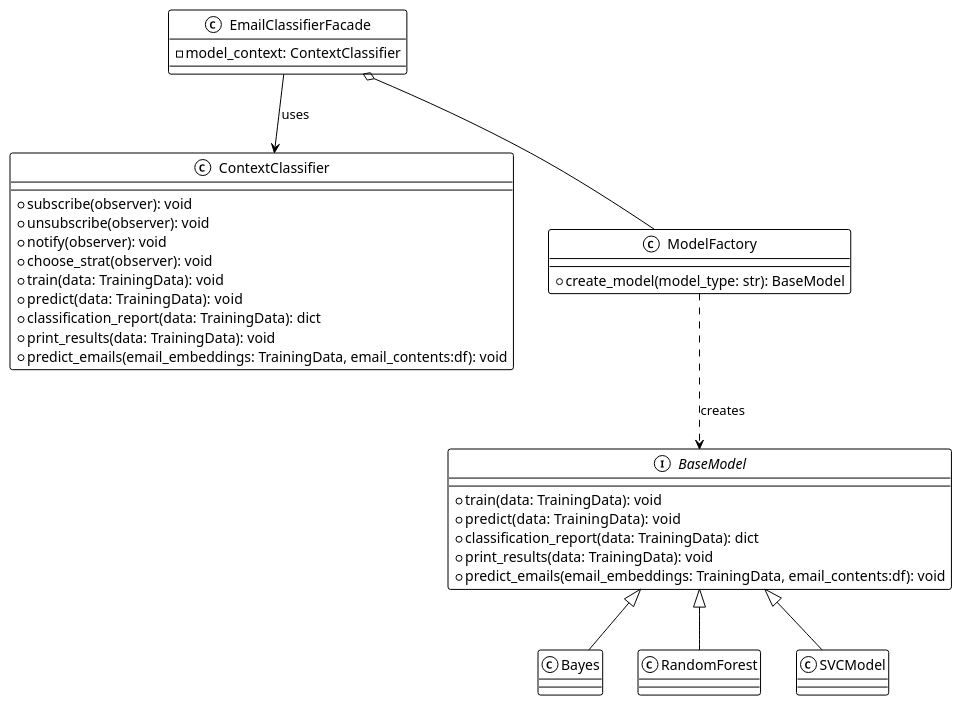
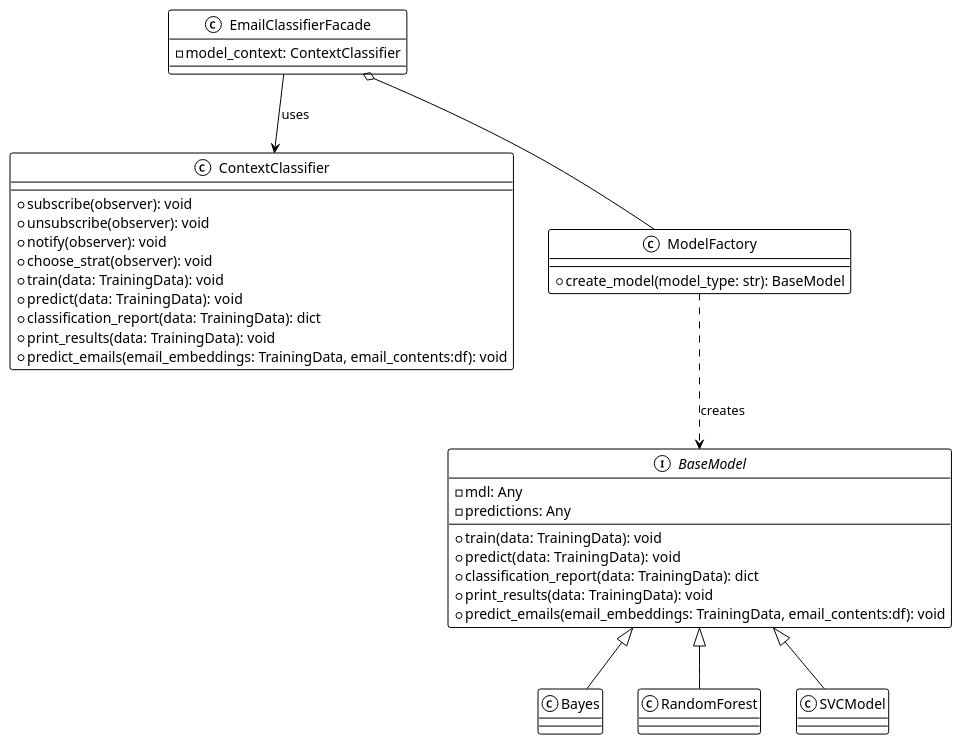
Before and after one commit to chrnas/email-classifier: the diagram in uml/factory_pattern_model.wsd, drawn with PlantUML. The commit also changed 3 other files, not shown here.

Commit message:
change UML

```diff
--- a/uml/factory_pattern_model.wsd
+++ b/uml/factory_pattern_model.wsd
@@ -1,56 +1,58 @@
 @startuml
 !theme mono
 
 class EmailClassifierFacade{
     - model_context: ContextClassifier
 }
 
 
 class ContextClassifier{
     + subscribe(observer): void
     + unsubscribe(observer): void
     + notify(observer): void
     + choose_strat(observer): void
     + train(data: TrainingData): void 
     + predict(data: TrainingData):  void 
     + classification_report(data: TrainingData): dict
     + print_results(data: TrainingData): void 
     + predict_emails(email_embeddings: TrainingData, email_contents:df): void
 
 }
 
 class ModelFactory{
     + create_model(model_type: str): BaseModel
 }
 
 class Bayes {
     
 }
 
 class RandomForest {
     
     
 }
 
 class SVCModel {
 
 }
 
 
 
 interface BaseModel {
+    - mdl: Any
+    - predictions: Any
     + train(data: TrainingData): void 
     + predict(data: TrainingData):  void 
     + classification_report(data: TrainingData): dict
     + print_results(data: TrainingData): void 
     + predict_emails(email_embeddings: TrainingData, email_contents:df): void 
 }
 
 EmailClassifierFacade o-- ModelFactory
 EmailClassifierFacade --> ContextClassifier: uses
 ModelFactory ..> BaseModel: creates
 BaseModel  <|-- RandomForest
 BaseModel <|-- SVCModel
 BaseModel <|-- Bayes
 
 @enduml
```
